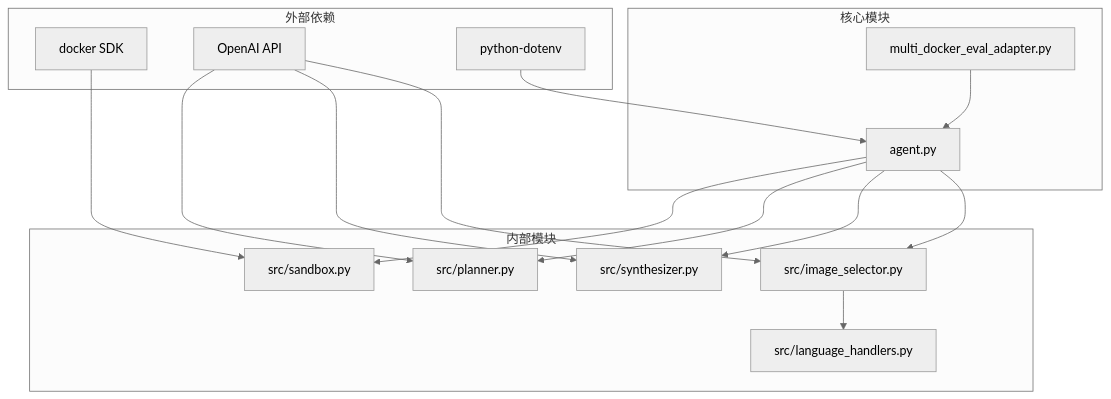
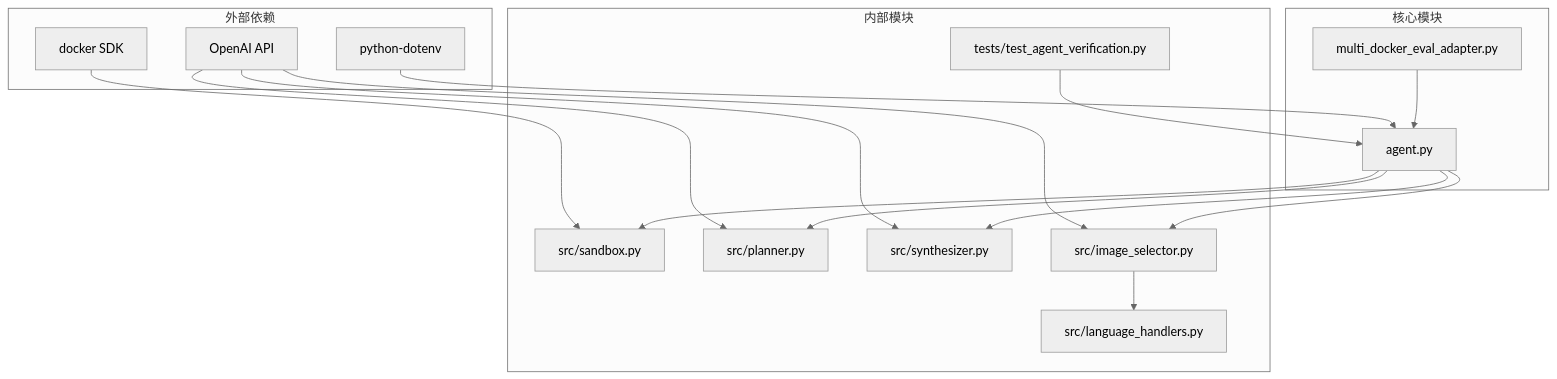
One commit to Jayint/Jayint-repo changed diagram 12 of 12 in .qoder/repowiki/zh/content/核心组件/DockerAgent 主类/DockerAgent 主类.md. Above: the diagram before and after it, drawn with Mermaid (neutral theme). The commit also changed other lines of this file and 497 other files, not shown here.

````diff
--- a/.qoder/repowiki/zh/content/核心组件/DockerAgent 主类/DockerAgent 主类.md
+++ b/.qoder/repowiki/zh/content/核心组件/DockerAgent 主类/DockerAgent 主类.md
@@ -347,30 +513,32 @@
 ```mermaid
 graph TB
 subgraph "外部依赖"
 A[docker SDK]
 B[OpenAI API]
 C[python-dotenv]
 end
 subgraph "核心模块"
 D[agent.py]
 E[multi_docker_eval_adapter.py]
 end
 subgraph "内部模块"
 F[src/sandbox.py]
 G[src/planner.py]
 H[src/synthesizer.py]
 I[src/image_selector.py]
 J[src/language_handlers.py]
+K[tests/test_agent_verification.py]
 end
 A --> F
 B --> G
 B --> H
 B --> I
 C --> D
 D --> F
 D --> G
 D --> H
 D --> I
 I --> J
 E --> D
+K --> D
 ```
````
